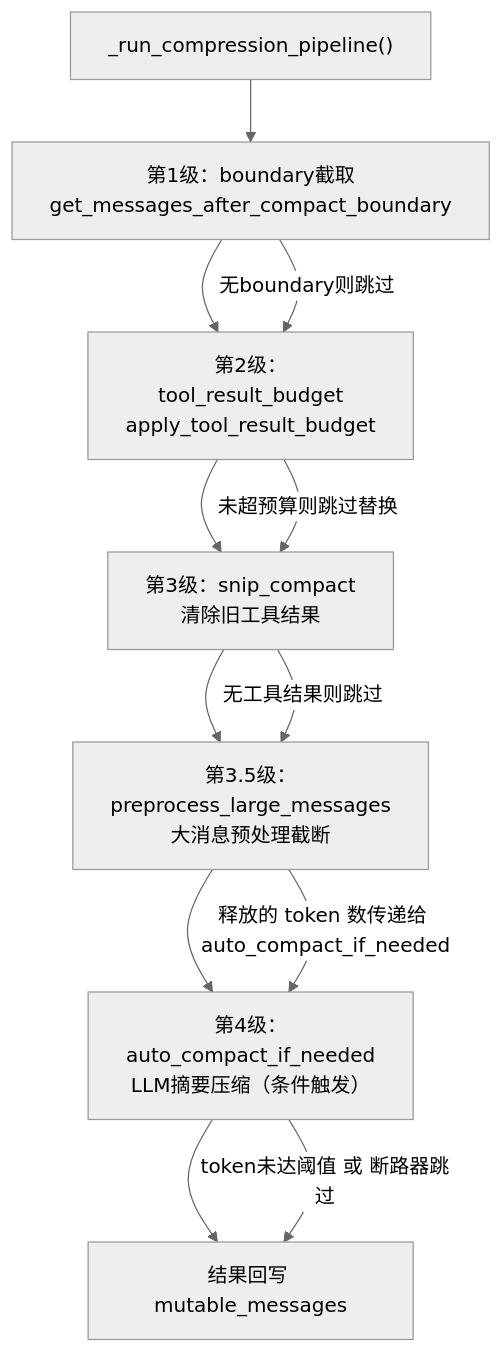
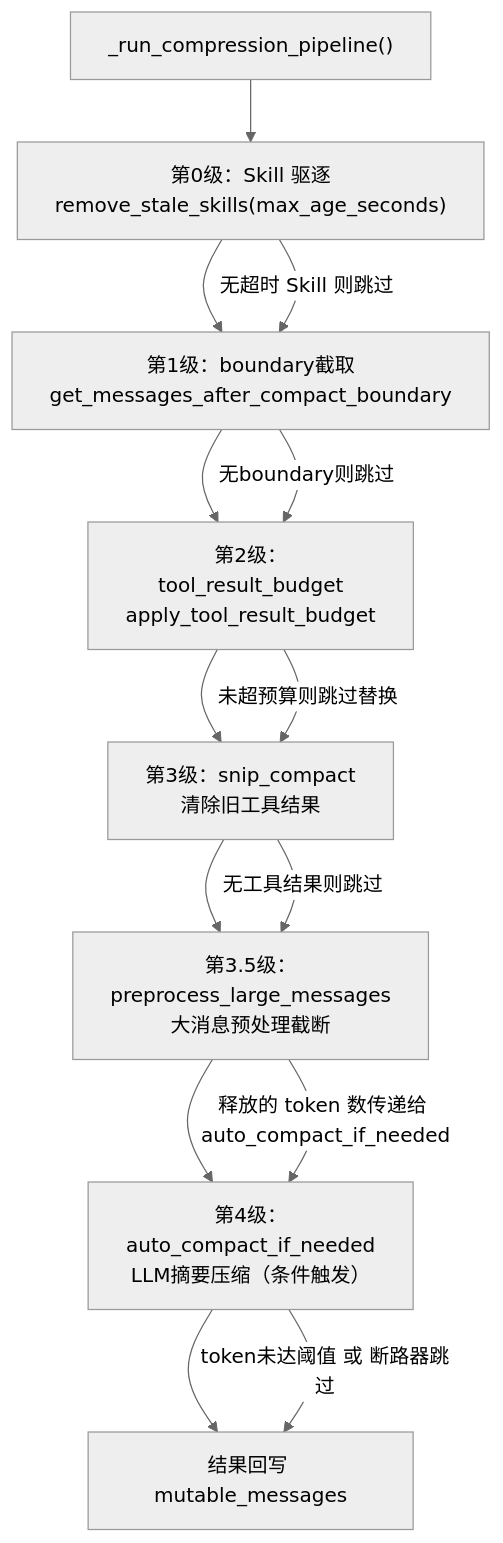
The third of 9 diagrams in docs/context_module_design.md (Ba6231roer/rubato), drawn with Mermaid (neutral theme) before and after one commit. The commit also changed other lines of this file and 3 other files, not shown here.

````diff
--- a/docs/context_module_design.md
+++ b/docs/context_module_design.md
@@ -317,15 +319,17 @@
 ```mermaid
 flowchart TD
-    A["_run_compression_pipeline()"] --> B["第1级：boundary截取<br/>get_messages_after_compact_boundary"]
+    A["_run_compression_pipeline()"] --> A1["第0级：Skill 驱逐<br/>remove_stale_skills(max_age_seconds)"]
+    A1 --> B["第1级：boundary截取<br/>get_messages_after_compact_boundary"]
     B --> C["第2级：tool_result_budget<br/>apply_tool_result_budget"]
     C --> D["第3级：snip_compact<br/>清除旧工具结果"]
     D --> E["第3.5级：preprocess_large_messages<br/>大消息预处理截断"]
     E --> F["第4级：auto_compact_if_needed<br/>LLM摘要压缩（条件触发）"]
     F --> G["结果回写 mutable_messages"]
 
+    A1 -->|"无超时 Skill 则跳过"| B
     B -->|"无boundary则跳过"| C
     C -->|"未超预算则跳过替换"| D
     D -->|"无工具结果则跳过"| E
     E -->|"释放的 token 数传递给 auto_compact_if_needed"| F
     F -->|"token未达阈值 或 断路器跳过"| G
 ```
````
